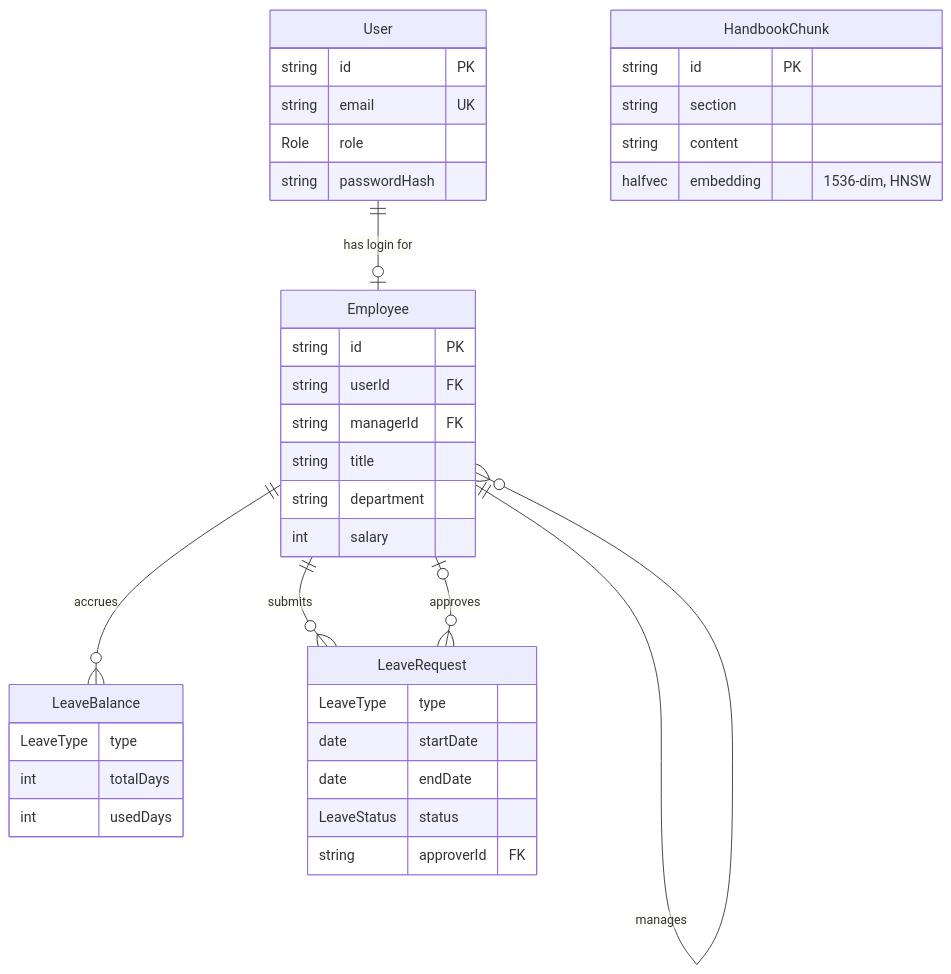
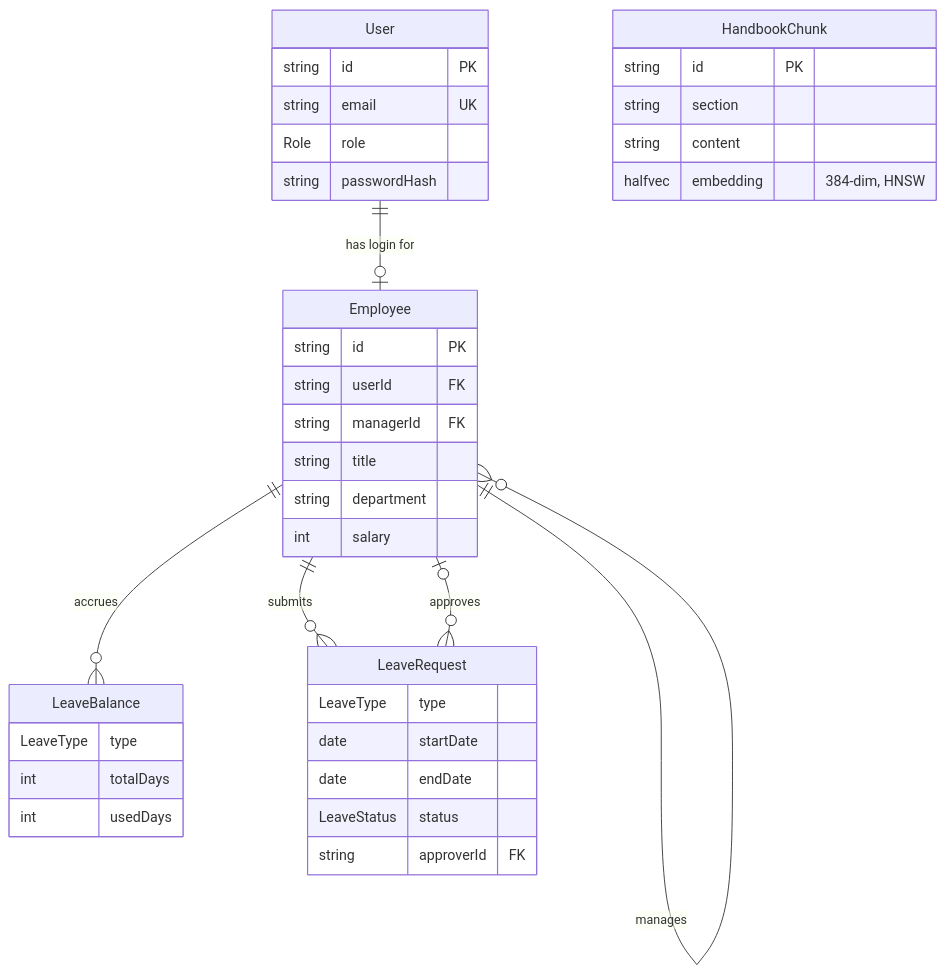
The fourth of 5 diagrams in README.md (yel-hadd/ai-hr-platform-starter), drawn with Mermaid before and after one commit. The commit also changed other lines of this file and 5 other files, not shown here.

````diff
--- a/README.md
+++ b/README.md
@@ -179,41 +178,41 @@
 ```mermaid
 erDiagram
     User ||--o| Employee : "has login for"
     Employee ||--o{ Employee : "manages"
     Employee ||--o{ LeaveBalance : "accrues"
     Employee ||--o{ LeaveRequest : "submits"
     Employee |o--o{ LeaveRequest : "approves"
 
     User {
         string id PK
         string email UK
         Role role
         string passwordHash
     }
     Employee {
         string id PK
         string userId FK
         string managerId FK
         string title
         string department
         int salary
     }
     LeaveBalance {
         LeaveType type
         int totalDays
         int usedDays
     }
     LeaveRequest {
         LeaveType type
         date startDate
         date endDate
         LeaveStatus status
         string approverId FK
     }
     HandbookChunk {
         string id PK
         string section
         string content
-        halfvec embedding "1536-dim, HNSW"
+        halfvec embedding "384-dim, HNSW"
     }
 ```
````
